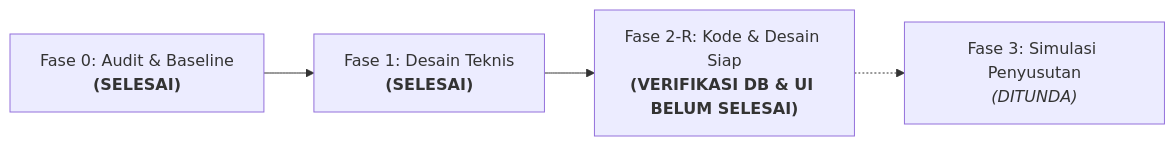
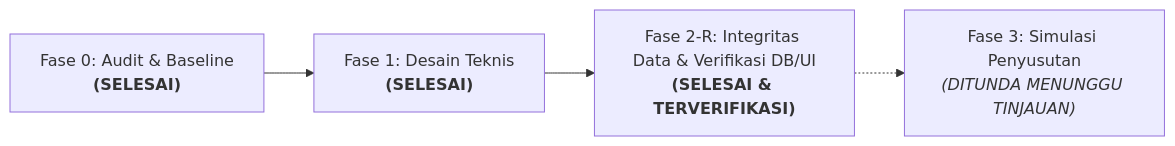
One commit to rhesal/simkos-v2 changed the second of 2 diagrams in docs/aset-inventaris-technical-design.md. Above: the diagram before and after it, drawn with Mermaid. The commit also changed other lines of this file and 5 other files, not shown here.

````diff
--- a/docs/aset-inventaris-technical-design.md
+++ b/docs/aset-inventaris-technical-design.md
@@ -467,6 +495,6 @@
 ```mermaid
 flowchart LR
     F0["Fase 0: Audit & Baseline<br><b>(SELESAI)</b>"] --> F1["Fase 1: Desain Teknis<br><b>(SELESAI)</b>"]
-    F1 --> F2R["Fase 2-R: Kode & Desain Siap<br><b>(VERIFIKASI DB & UI BELUM SELESAI)</b>"]
-    F2R -.-> F3["Fase 3: Simulasi Penyusutan<br><i>(DITUNDA)</i>"]
+    F1 --> F2R["Fase 2-R: Integritas Data & Verifikasi DB/UI<br><b>(SELESAI & TERVERIFIKASI)</b>"]
+    F2R -.-> F3["Fase 3: Simulasi Penyusutan<br><i>(DITUNDA MENUNGGU TINJAUAN)</i>"]
 ```
````
